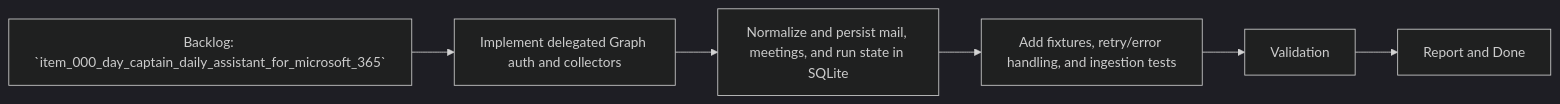
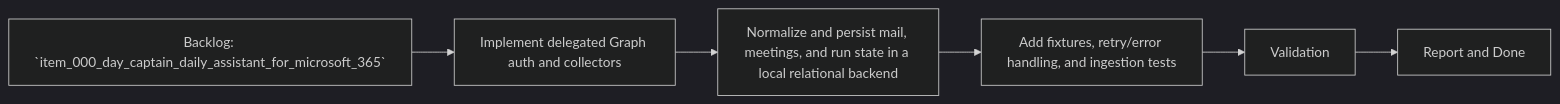
The diagram in logics/tasks/task_001_day_captain_graph_ingestion_and_storage.md (AlexAgo83/day-captain), drawn with Mermaid (dark theme) before and after one commit. The commit also changed other lines of this file and 6 other files, not shown here.

````diff
--- a/logics/tasks/task_001_day_captain_graph_ingestion_and_storage.md
+++ b/logics/tasks/task_001_day_captain_graph_ingestion_and_storage.md
@@ -19,8 +19,8 @@
 ```mermaid
 flowchart LR
     Backlog[Backlog: `item_000_day_captain_daily_assistant_for_microsoft_365`] --> Step1[Implement delegated Graph auth and collectors]
-    Step1 --> Step2[Normalize and persist mail, meetings, and run state in SQLite]
+    Step1 --> Step2[Normalize and persist mail, meetings, and run state in a local relational backend]
     Step2 --> Step3[Add fixtures, retry/error handling, and ingestion tests]
     Step3 --> Validation[Validation]
     Validation --> Report[Report and Done]
 ```
````
